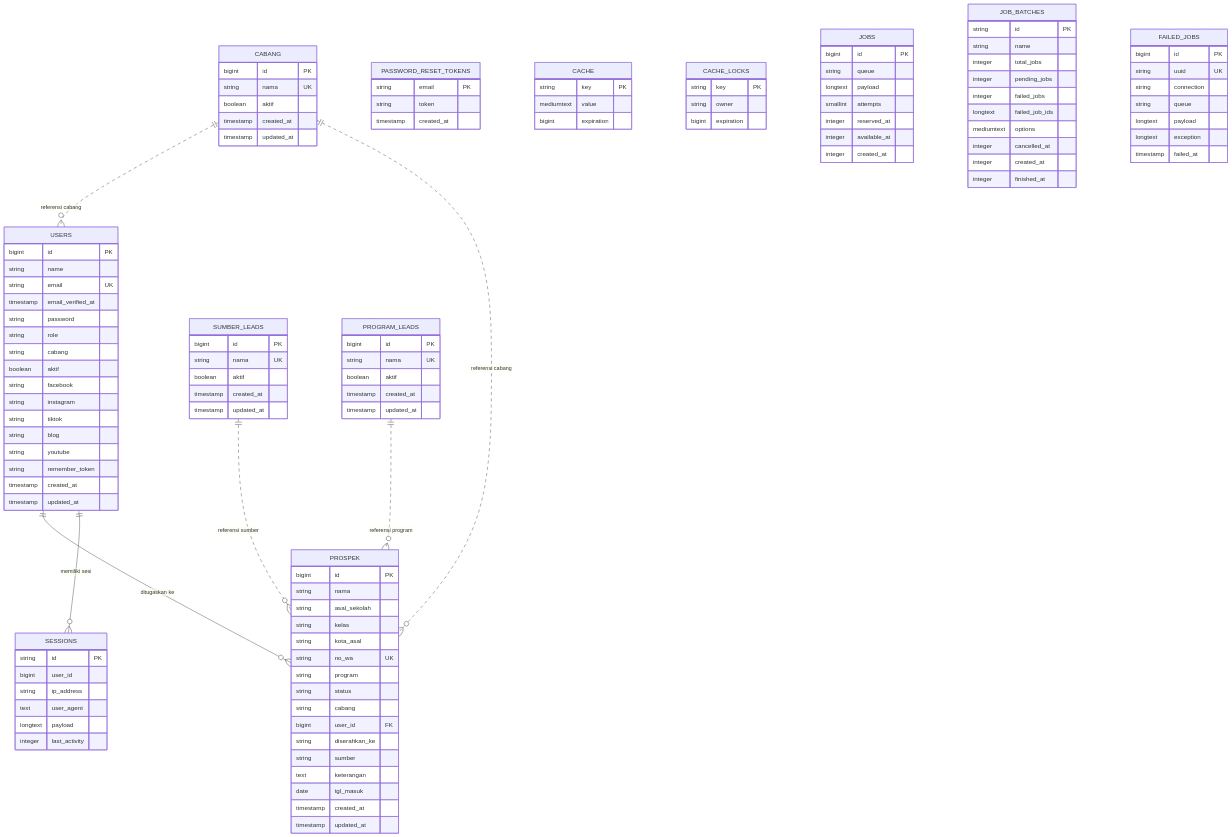
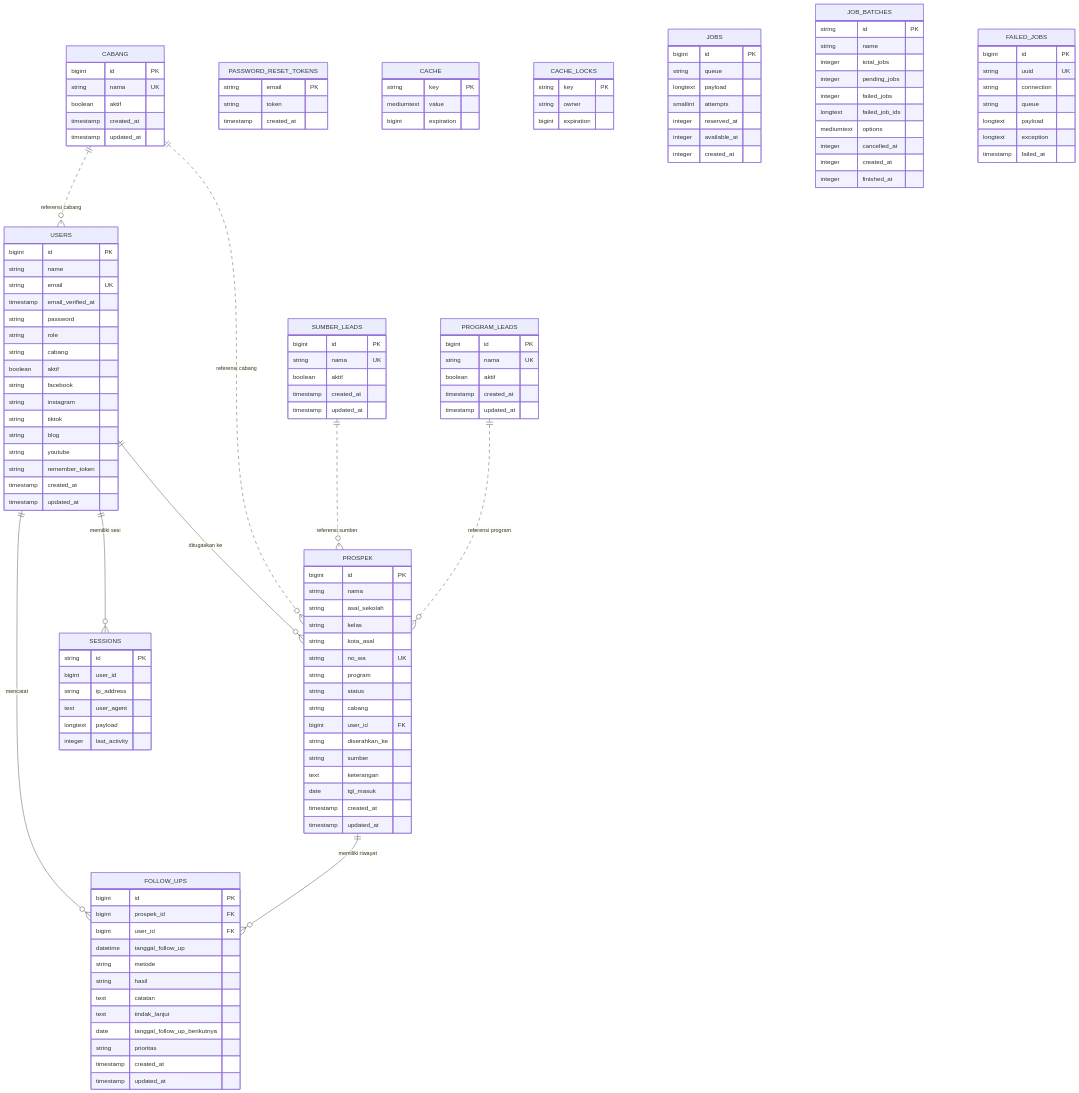
One commit to inifauzan-maker/lead changed the diagram in dokumentasi.md. Above: the diagram before and after it, drawn with Mermaid. The commit also changed other lines of this file and 15 other files, not shown here.

Commit message:
Tambahkan riwayat aktivitas follow up

````diff
--- a/dokumentasi.md
+++ b/dokumentasi.md
@@ -33,6 +35,8 @@
 ```mermaid
 erDiagram
     USERS ||--o{ PROSPEK : "ditugaskan ke"
+    USERS ||--o{ FOLLOW_UPS : "mencatat"
+    PROSPEK ||--o{ FOLLOW_UPS : "memiliki riwayat"
     USERS ||--o{ SESSIONS : "memiliki sesi"
     CABANG ||..o{ USERS : "referensi cabang"
     CABANG ||..o{ PROSPEK : "referensi cabang"
@@ -71,6 +75,20 @@
         string sumber
         text keterangan
         date tgl_masuk
+        timestamp created_at
+        timestamp updated_at
+    }
+    FOLLOW_UPS {
+        bigint id PK
+        bigint prospek_id FK
+        bigint user_id FK
+        datetime tanggal_follow_up
+        string metode
+        string hasil
+        text catatan
+        text tindak_lanjut
+        date tanggal_follow_up_berikutnya
+        string prioritas
         timestamp created_at
         timestamp updated_at
     }
````
